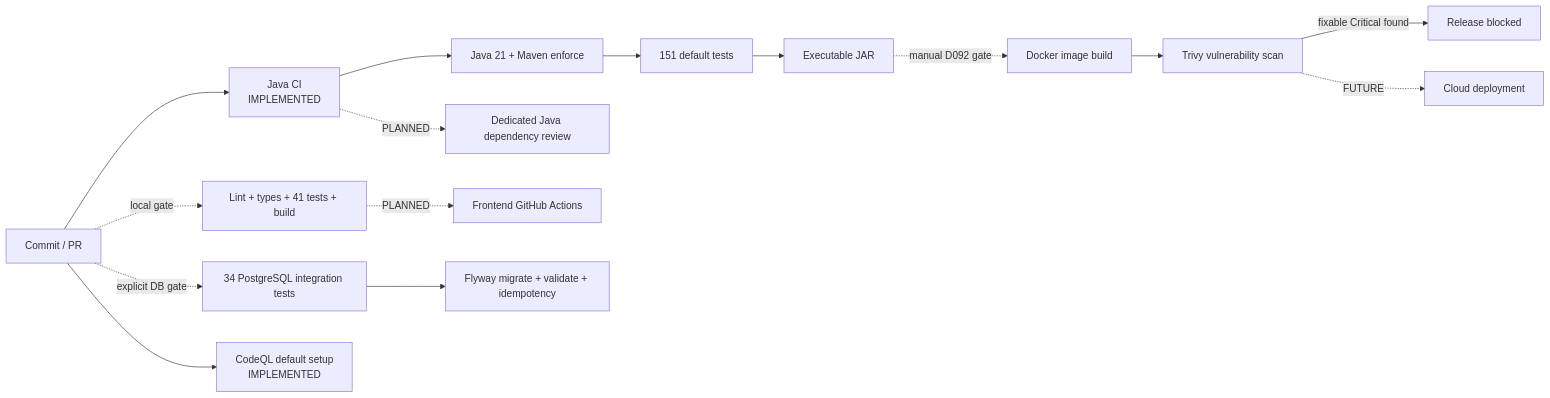
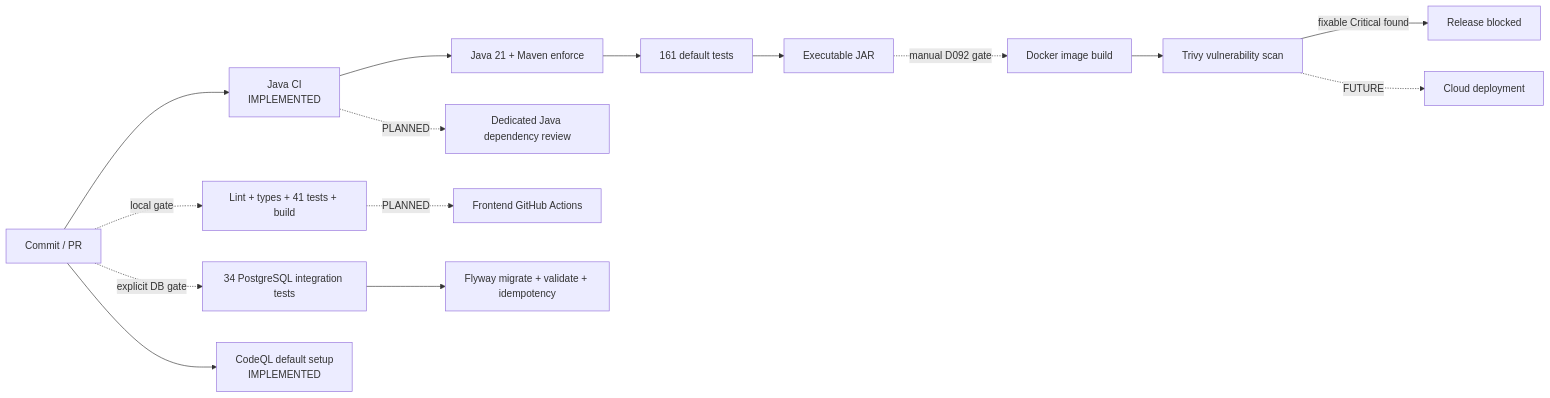
The fourth of 5 diagrams in docs/portfolio/technical-evidence.md (Dmillan-dev/ImperatorProyect), drawn with Mermaid before and after one commit. The commit also changed other lines of this file and 62 other files, not shown here.

````diff
--- a/docs/portfolio/technical-evidence.md
+++ b/docs/portfolio/technical-evidence.md
@@ -124,17 +124,17 @@
 ```mermaid
 flowchart LR
     Commit[Commit / PR] --> JavaCI[Java CI<br/>IMPLEMENTED]
     JavaCI --> Compile[Java 21 + Maven enforce]
-    Compile --> BackendTests[151 default tests]
+    Compile --> BackendTests[161 default tests]
     BackendTests --> Jar[Executable JAR]
     Commit -. local gate .-> Frontend[Lint + types + 41 tests + build]
     Commit -. explicit DB gate .-> PGTests[34 PostgreSQL integration tests]
     PGTests --> Flyway[Flyway migrate + validate + idempotency]
     Jar -. manual D092 gate .-> Images[Docker image build]
     Images --> Trivy[Trivy vulnerability scan]
     Trivy -->|fixable Critical found| Block[Release blocked]
     Frontend -. PLANNED .-> FrontendCI[Frontend GitHub Actions]
     Commit --> SAST[CodeQL default setup<br/>IMPLEMENTED]
     JavaCI -. PLANNED .-> JavaSCA[Dedicated Java dependency review]
     Trivy -. FUTURE .-> Deploy[Cloud deployment]
 ```
````
